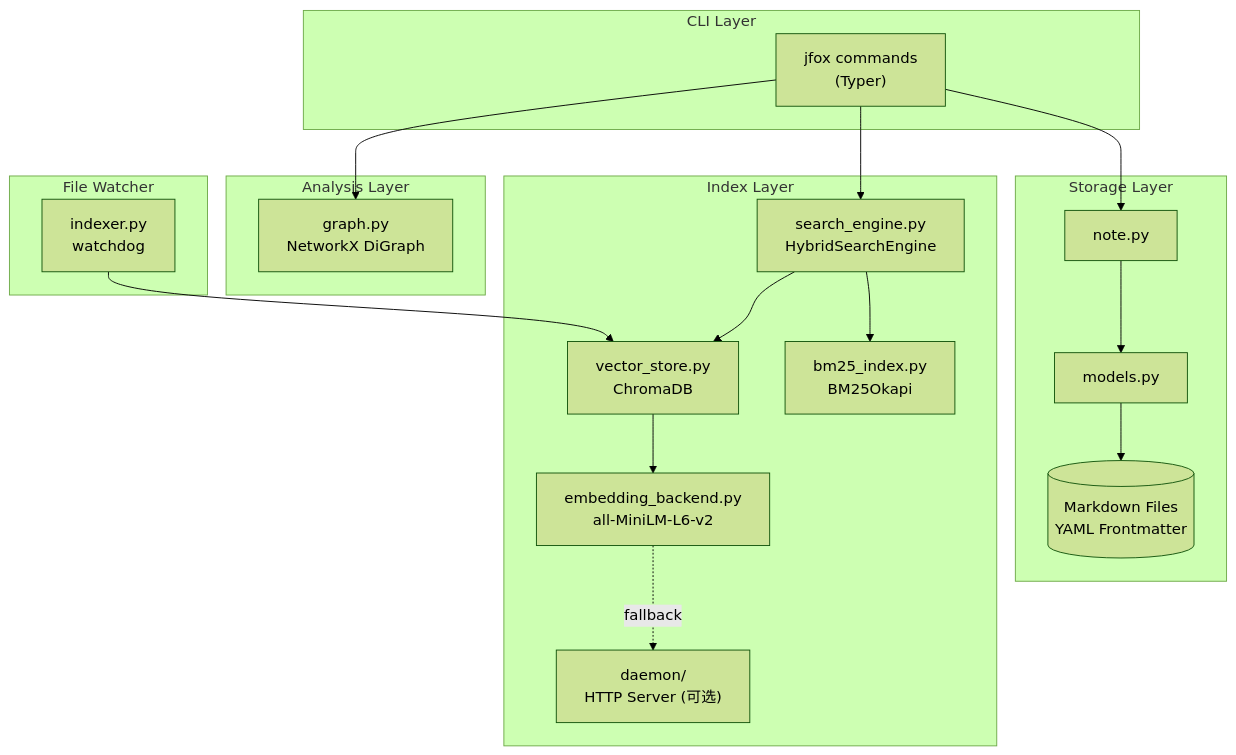
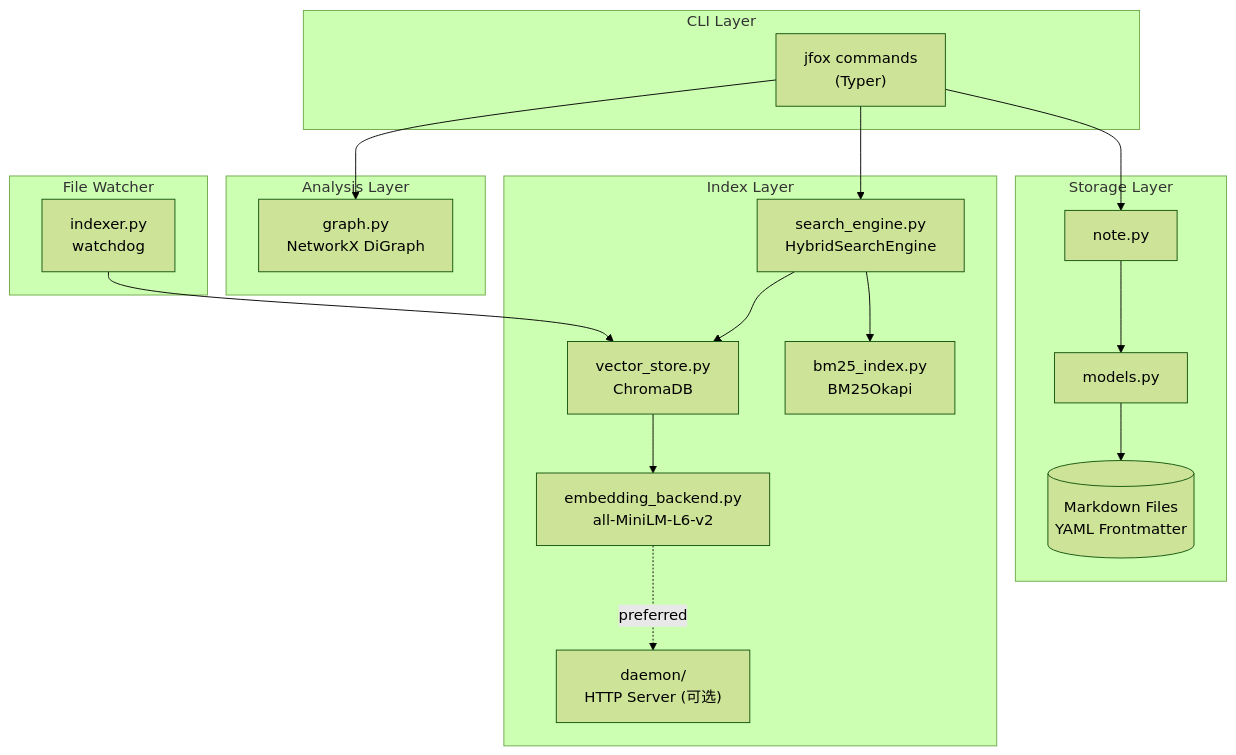
The first of 5 diagrams in README.md (zhuxixi/jfox), drawn with Mermaid (forest theme) before and after one commit.

Commit message:
fix(docs): correct Mermaid diagram label from "fallback" to "preferred"
The embedding_backend tries daemon first and falls back to local model
when daemon fails. The diagram label should reflect that daemon is the
preferred path, not the fallback.

````diff
--- a/README.md
+++ b/README.md
@@ -42,31 +42,31 @@
 ```mermaid
 graph TB
     subgraph CLI ["CLI Layer"]
         cmd["jfox commands<br/>(Typer)"]
     end
     subgraph Storage ["Storage Layer"]
         note[note.py]
         models[models.py]
         md[("Markdown Files<br/>YAML Frontmatter")]
     end
     subgraph Index ["Index Layer"]
         se[search_engine.py<br/>HybridSearchEngine]
         vs[vector_store.py<br/>ChromaDB]
         bm[bm25_index.py<br/>BM25Okapi]
         emb[embedding_backend.py<br/>all-MiniLM-L6-v2]
         daemon["daemon/<br/>HTTP Server (可选)"]
     end
     subgraph Analysis ["Analysis Layer"]
         gph["graph.py<br/>NetworkX DiGraph"]
     end
     subgraph Watcher ["File Watcher"]
         idx[indexer.py<br/>watchdog]
     end
 
     cmd --> note & se & gph
     note --> models --> md
     se --> vs & bm
     vs --> emb
-    emb -.->|"fallback"| daemon
+    emb -.->|"preferred"| daemon
     idx --> vs
 ```
````
